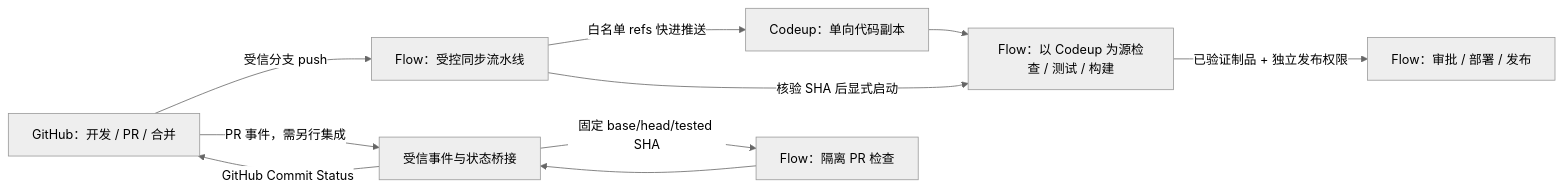
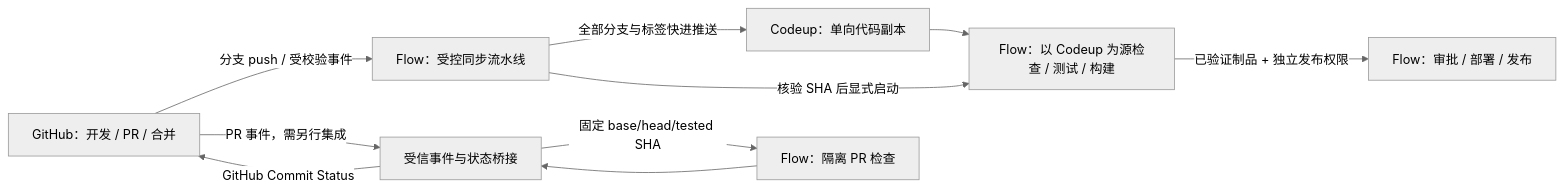
One commit to hxquan-q/open-forge changed the diagram in project/research/RESEARCH-0045-github-codeup-flow-ci-migration.md. Above: the diagram before and after it, drawn with Mermaid (neutral theme). The commit also changed other lines of this file and 2 other files, not shown here.

First line of the commit message:
docs(ci): 验证全量分支与历史同步到 Codeup

````diff
--- a/project/research/RESEARCH-0045-github-codeup-flow-ci-migration.md
+++ b/project/research/RESEARCH-0045-github-codeup-flow-ci-migration.md
@@ -64,12 +66,12 @@
 ```mermaid
 flowchart LR
-  GH[GitHub：开发 / PR / 合并] -->|受信分支 push| SYNC[Flow：受控同步流水线]
-  SYNC -->|白名单 refs 快进推送| CU[Codeup：单向代码副本]
+  GH[GitHub：开发 / PR / 合并] -->|分支 push / 受校验事件| SYNC[Flow：受控同步流水线]
+  SYNC -->|全部分支与标签快进推送| CU[Codeup：单向代码副本]
   SYNC -->|核验 SHA 后显式启动| CI[Flow：以 Codeup 为源检查 / 测试 / 构建]
   CU --> CI
   CI -->|已验证制品 + 独立发布权限| CD[Flow：审批 / 部署 / 发布]
   GH -->|PR 事件，需另行集成| BRIDGE[受信事件与状态桥接]
   BRIDGE -->|固定 base/head/tested SHA| PR[Flow：隔离 PR 检查]
   PR --> BRIDGE
   BRIDGE -->|GitHub Commit Status| GH
 ```
````
